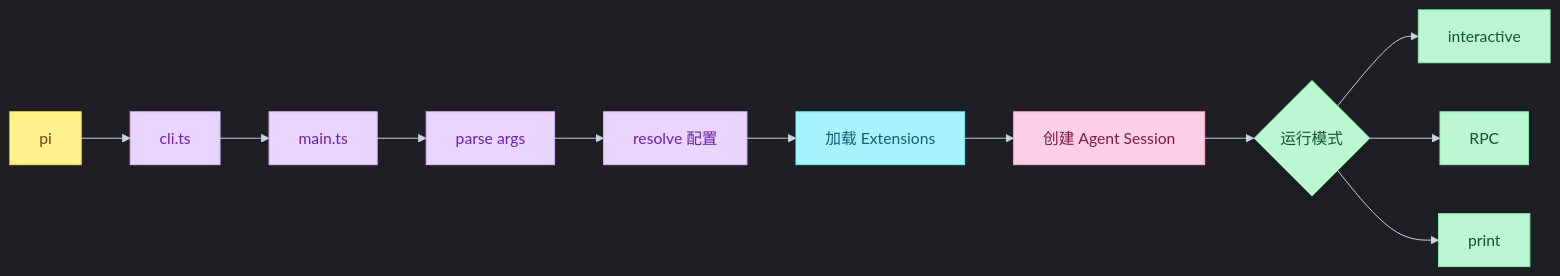
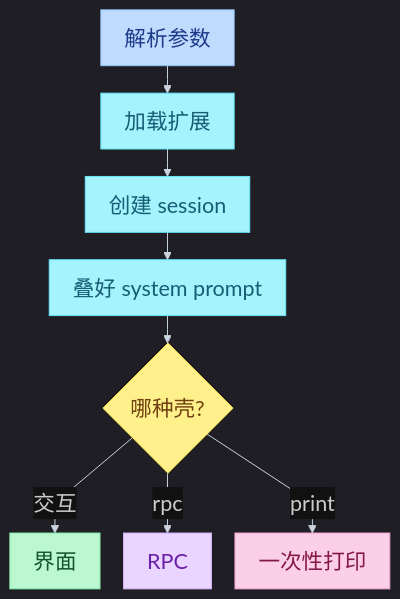
One commit to juliepy/AI-Engineer-from-scrach changed the first of 3 diagrams in 13-pi-agent/08-pi-interactive.md. Above: the diagram before and after it, drawn with Mermaid. The commit also changed other lines of this file and 4 other files, not shown here.

Commit message:
Rewrite Pi sessions through Interactive notes around source call traces and three-layer diagrams.

````diff
--- a/13-pi-agent/08-pi-interactive.md
+++ b/13-pi-agent/08-pi-interactive.md
@@ -54,26 +82,25 @@
 ```mermaid
-%%{init: {"theme": "dark", "themeVariables": {"fontSize": "16px", "background": "#000000", "lineColor": "#CBD5E1", "edgeLabelBackground": "#111111"}}}%%
-flowchart LR
-    USER["pi"] --> CLI["cli.ts"]
-    CLI --> MAIN["main.ts"]
-    MAIN --> PARSE["parse args"]
-    PARSE --> CFG["resolve 配置"]
-    CFG --> EXT["加载 Extensions"]
-    EXT --> SESS["创建 Agent Session"]
-    SESS --> MODE{"运行模式"}
-    MODE --> INT["interactive"]
-    MODE --> RPC["RPC"]
-    MODE --> PRINT["print"]
+%%{init: {"theme": "dark", "flowchart": {"curve": "linear", "rankSpacing": 28, "nodeSpacing": 24, "padding": 12, "useMaxWidth": false, "htmlLabels": true}, "themeVariables": {"fontSize": "22px", "background": "#000000", "lineColor": "#CBD5E1", "edgeLabelBackground": "#111111"}, "themeCSS": ".nodeLabel,.label,span{font-size:22px!important}"}}%%
+flowchart TB
+    MAIN["解析参数"] --> EXT["加载扩展"]
+    EXT --> SES["创建 session"]
+    SES --> SYS["叠好 system prompt"]
+    SYS --> M{"哪种壳?"}
+    M -->|交互| I["界面"]
+    M -->|rpc| R["RPC"]
+    M -->|print| P["一次性打印"]
 
-    classDef u fill:#FEF08A,stroke:#FDE047,color:#713F12
-    classDef i fill:#E9D5FF,stroke:#D8B4FE,color:#6B21A8
-    classDef s fill:#A5F3FC,stroke:#67E8F9,color:#155E75
-    classDef c fill:#FBCFE8,stroke:#F9A8D4,color:#831843
-    classDef m fill:#BBF7D0,stroke:#86EFAC,color:#14532D
+    classDef start fill:#BFDBFE,stroke:#93C5FD,color:#1E3A8A,font-size:22px
+    classDef step fill:#A5F3FC,stroke:#67E8F9,color:#155E75,font-size:22px
+    classDef dec fill:#FEF08A,stroke:#FDE047,color:#713F12,font-size:22px
+    classDef ok fill:#BBF7D0,stroke:#86EFAC,color:#14532D,font-size:22px
+    classDef prod fill:#E9D5FF,stroke:#D8B4FE,color:#6B21A8,font-size:22px
+    classDef bad fill:#FBCFE8,stroke:#F9A8D4,color:#831843,font-size:22px
 
-    class USER u
-    class CLI,MAIN,PARSE,CFG i
-    class EXT s
-    class SESS c
-    class MODE,INT,RPC,PRINT m
+    class MAIN start
+    class EXT,SES,SYS step
+    class M dec
+    class I ok
+    class R prod
+    class P bad
 ```
````
